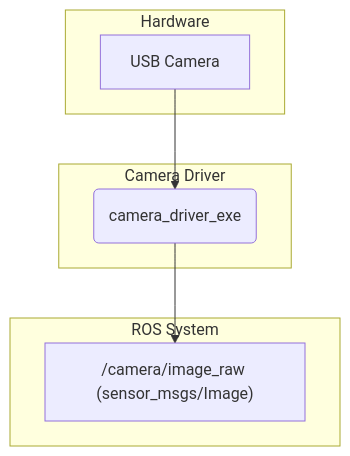
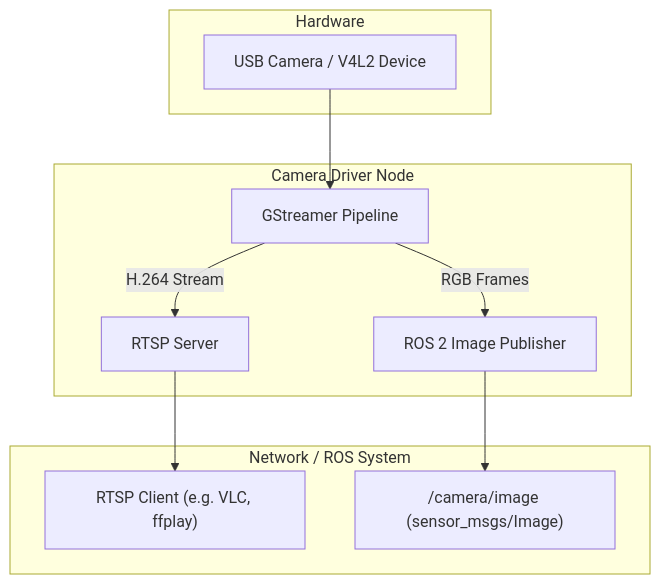
One commit to davidnoronha1/mira changed the diagram in src/dependencies/camera_driver/README.md. Above: the diagram before and after it, drawn with Mermaid. The commit also changed other lines of this file and 156 other files, not shown here.

````diff
--- a/src/dependencies/camera_driver/README.md
+++ b/src/dependencies/camera_driver/README.md
@@ -17,17 +19,23 @@
 ```mermaid
 graph TD
     subgraph Hardware
-        A[USB Camera]
+        A[USB Camera / V4L2 Device]
     end
 
-    subgraph Camera Driver
-        B(camera_driver_exe)
+    subgraph Camera Driver Node
+        B[GStreamer Pipeline]
+        C[RTSP Server]
+        D[ROS 2 Image Publisher]
     end
 
-    subgraph ROS System
-        C["/camera/image_raw (sensor_msgs/Image)"]
+    subgraph Network / ROS System
+        E["RTSP Client (e.g. VLC, ffplay)"]
+        F["/camera/image (sensor_msgs/Image)"]
     end
 
-    A --> B;
-    B --> C;
+    A --> B
+    B -->|H.264 Stream| C
+    B -->|RGB Frames| D
+    C --> E
+    D --> F
 ```
````
